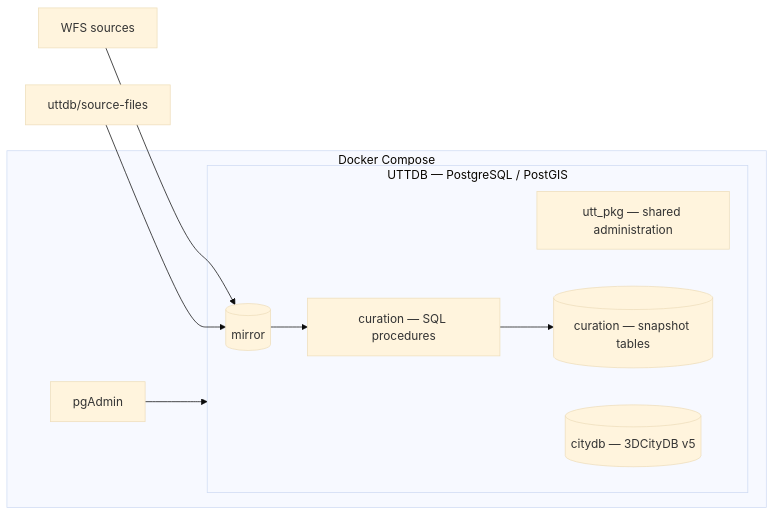
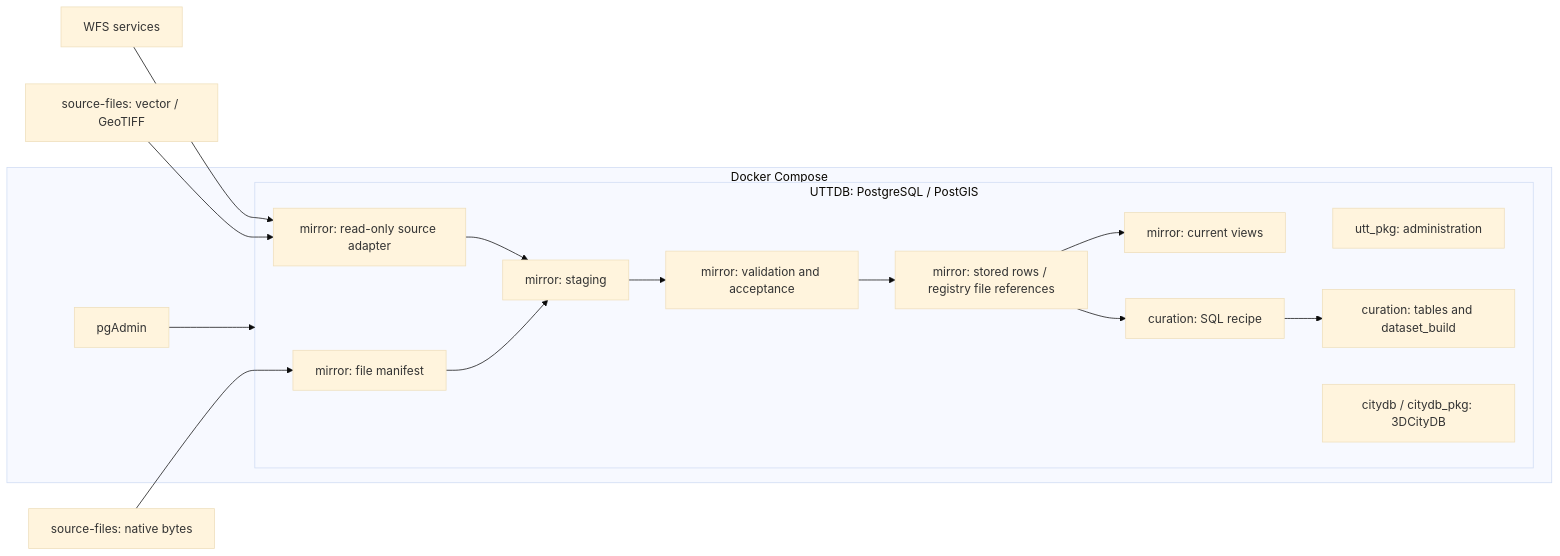
The first of 2 diagrams in docs/architecture.md (UdK-VPT/UrbanTwin-Toolbox), drawn with Mermaid (base theme) before and after one commit. The commit also changed other lines of this file and 10 other files, not shown here.

````diff
--- a/docs/architecture.md
+++ b/docs/architecture.md
@@ -7,18 +28,20 @@
 ```mermaid
 flowchart LR
-  wfs[WFS sources] --> mirror
-  files["uttdb/source-files"] --> mirror
-
+  wfs[WFS services] --> adapter
+  files["source-files: vector / GeoTIFF"] --> adapter
+  native["source-files: native bytes"] --> manifest
   subgraph stack[Docker Compose]
-    pgadmin[pgAdmin]
-    subgraph db[UTTDB — PostgreSQL / PostGIS]
-      admin["utt_pkg — shared administration"]
-      mirror[(mirror)]
-      curation[(curation — snapshot tables)]
-      citydb[(citydb — 3DCityDB v5)]
-      mirror --> recipe["curation — SQL procedures"]
-      recipe --> curation
+    pgadmin[pgAdmin] --> db
+    subgraph db[UTTDB: PostgreSQL / PostGIS]
+      admin[utt_pkg: administration]
+      adapter[mirror: read-only source adapter] --> stage[mirror: staging]
+      manifest[mirror: file manifest] --> stage
+      stage --> accept[mirror: validation and acceptance]
+      accept --> history[mirror: stored rows / registry file references]
+      history --> current[mirror: current views]
+      history --> recipe[curation: SQL recipe]
+      recipe --> output[curation: tables and dataset_build]
+      citydb[citydb / citydb_pkg: 3DCityDB]
     end
-    pgadmin --> db
   end
 ```
````
